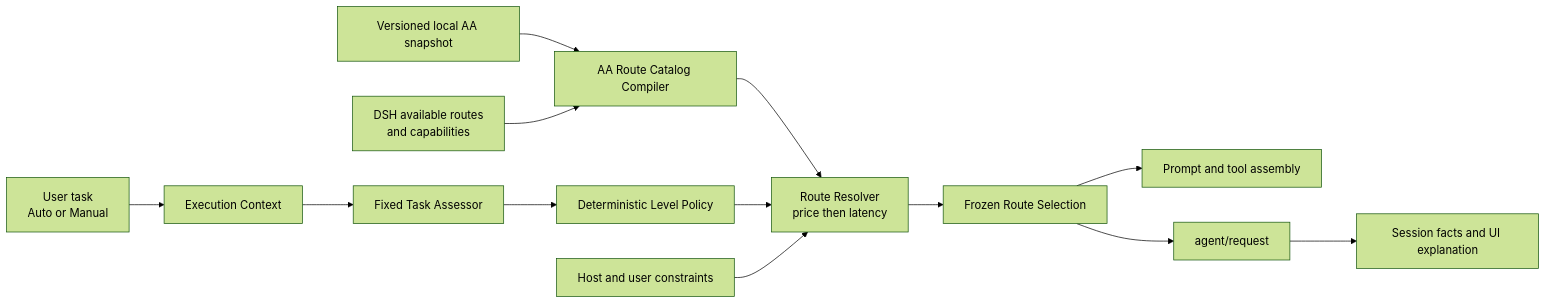
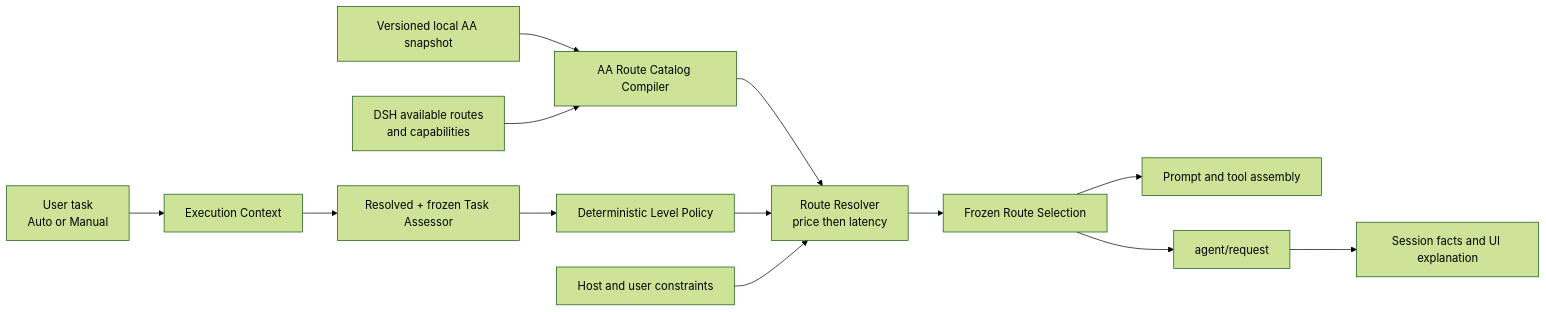
Before and after one commit to cloudman6/dsh-auto-mode: the diagram in docs/architecture.md, drawn with Mermaid (forest theme). The commit also changed other lines of this file and 21 other files, not shown here.

````diff
--- a/docs/architecture.md
+++ b/docs/architecture.md
@@ -22,15 +22,15 @@
 ```mermaid
 flowchart LR
     U["User task\nAuto or Manual"] --> X["Execution Context"]
-    X --> A["Fixed Task Assessor"]
+    X --> A["Resolved + frozen Task Assessor"]
     A --> P["Deterministic Level Policy"]
     S["Versioned local AA snapshot"] --> C["AA Route Catalog Compiler"]
     D["DSH available routes\nand capabilities"] --> C
     C --> R["Route Resolver\nprice then latency"]
     P --> R
     H["Host and user constraints"] --> R
     R --> F["Frozen Route Selection"]
     F --> M["Prompt and tool assembly"]
     F --> Q["agent/request"]
     Q --> E["Session facts and UI explanation"]
 ```
````
